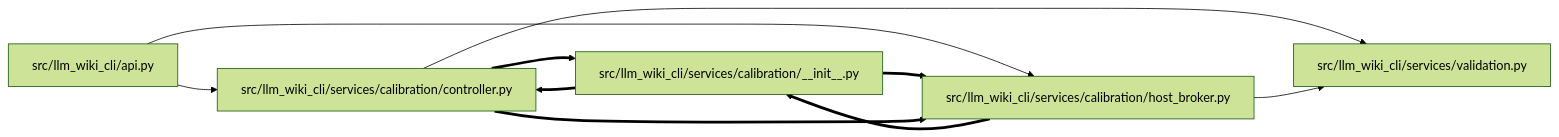
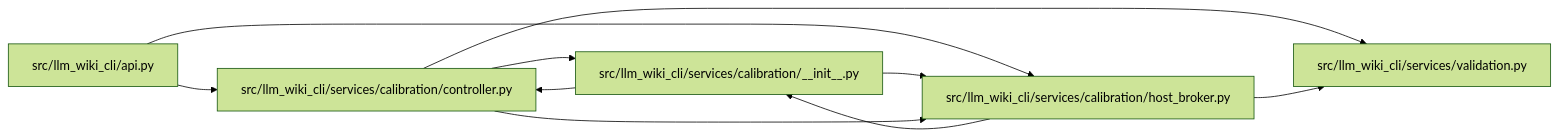
One commit to Denissvgn/python-wiki-llm changed the diagram in docs/llm_wiki/modules/host_broker.md. Above: the diagram before and after it, drawn with Mermaid (forest theme). The commit also changed other lines of this file and 93 other files, not shown here.

````diff
--- a/docs/llm_wiki/modules/host_broker.md
+++ b/docs/llm_wiki/modules/host_broker.md
@@ -33,22 +32,22 @@
 ```mermaid
 flowchart LR
     n0["src/llm_wiki_cli/api.py"]
     n1["src/llm_wiki_cli/services/calibration/__init__.py"]
     n2["src/llm_wiki_cli/services/calibration/controller.py"]
     n3["src/llm_wiki_cli/services/calibration/host_broker.py"]
     n4["src/llm_wiki_cli/services/validation.py"]
     n0 --> n2
     n0 --> n3
-    n1 ==> n2
-    n1 ==> n3
-    n2 ==> n1
-    n2 ==> n3
+    n1 --> n2
+    n1 --> n3
+    n2 --> n1
+    n2 --> n3
     n2 --> n4
-    n3 ==> n1
+    n3 --> n1
     n3 --> n4
     click n0 "../modules/api.md"
     click n1 "../modules/calibration___init__.md"
     click n2 "../modules/controller.md"
     click n3 "../modules/host_broker.md"
     click n4 "../modules/validation.md"
 ```
````
